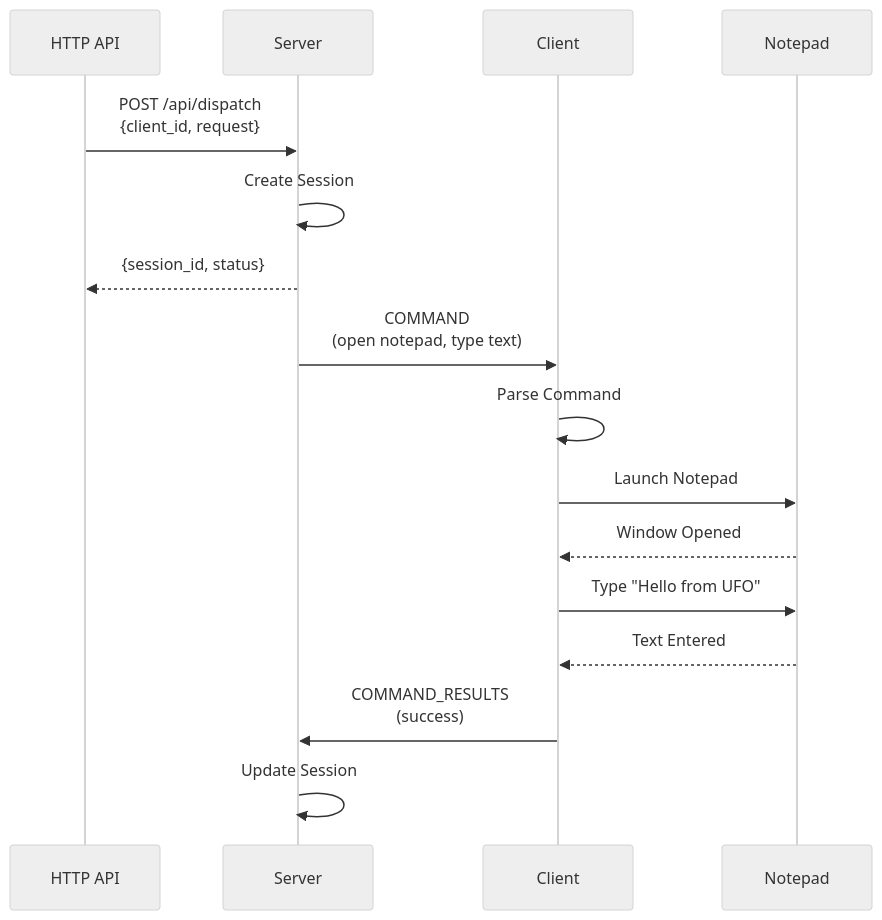
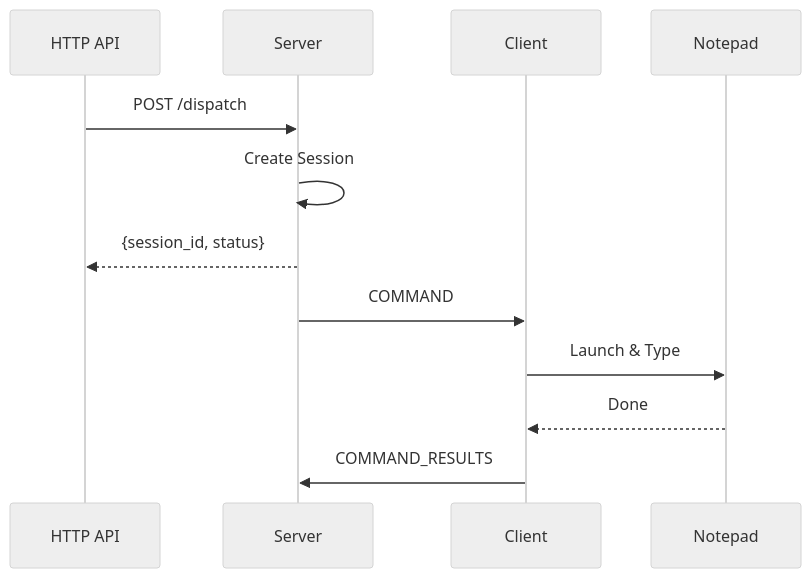
The second of 2 diagrams in documents/docs/client/quick_start.md (microsoft/UFO), drawn with Mermaid (neutral theme) before and after one commit. The commit also changed other lines of this file and 7 other files, not shown here.

````diff
--- a/documents/docs/client/quick_start.md
+++ b/documents/docs/client/quick_start.md
@@ -391,23 +375,16 @@
 ```mermaid
 sequenceDiagram
     participant API as HTTP API
     participant Server
     participant Client
-    participant Notepad
+    participant App as Notepad
     
-    API->>Server: POST /api/dispatch<br/>{client_id, request}
+    API->>Server: POST /dispatch
     Server->>Server: Create Session
     Server-->>API: {session_id, status}
     
-    Server->>Client: COMMAND<br/>(open notepad, type text)
-    
-    Client->>Client: Parse Command
-    Client->>Notepad: Launch Notepad
-    Notepad-->>Client: Window Opened
-    
-    Client->>Notepad: Type "Hello from UFO"
-    Notepad-->>Client: Text Entered
-    
-    Client->>Server: COMMAND_RESULTS<br/>(success)
-    Server->>Server: Update Session
+    Server->>Client: COMMAND
+    Client->>App: Launch & Type
+    App-->>Client: Done
+    Client->>Server: COMMAND_RESULTS
 ```
````
